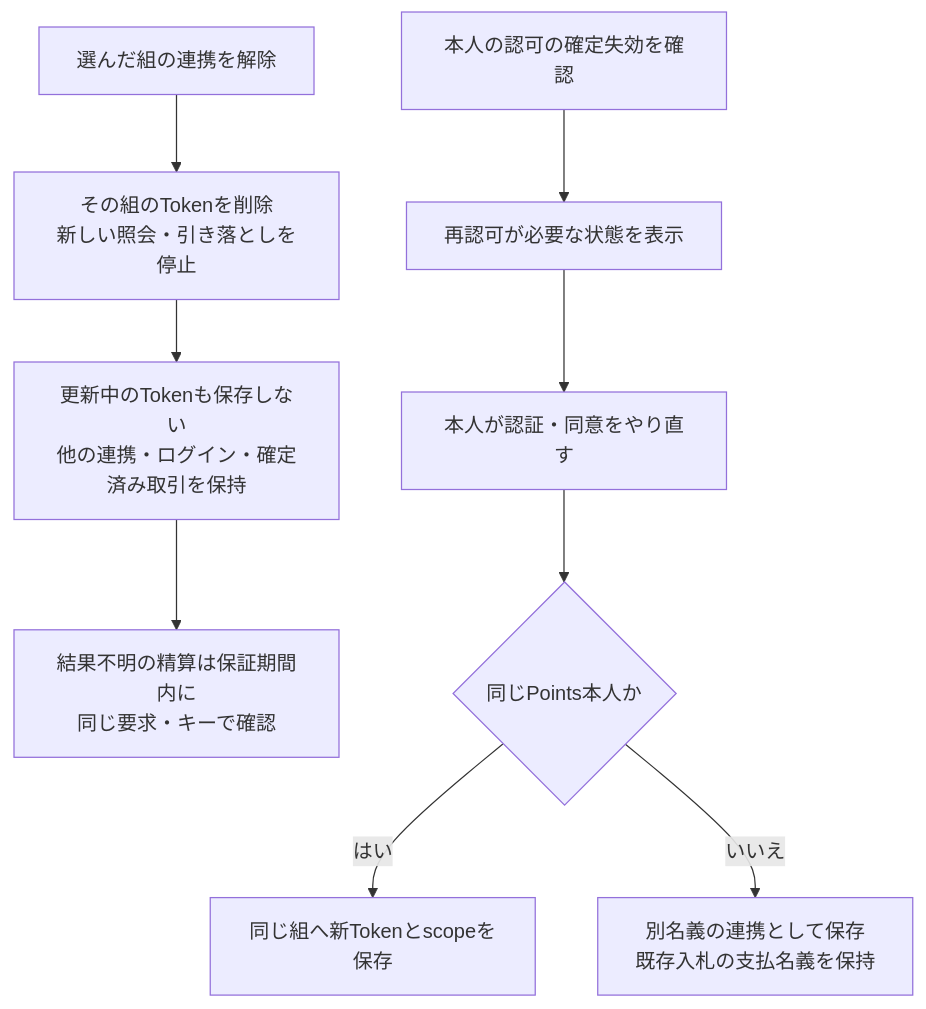
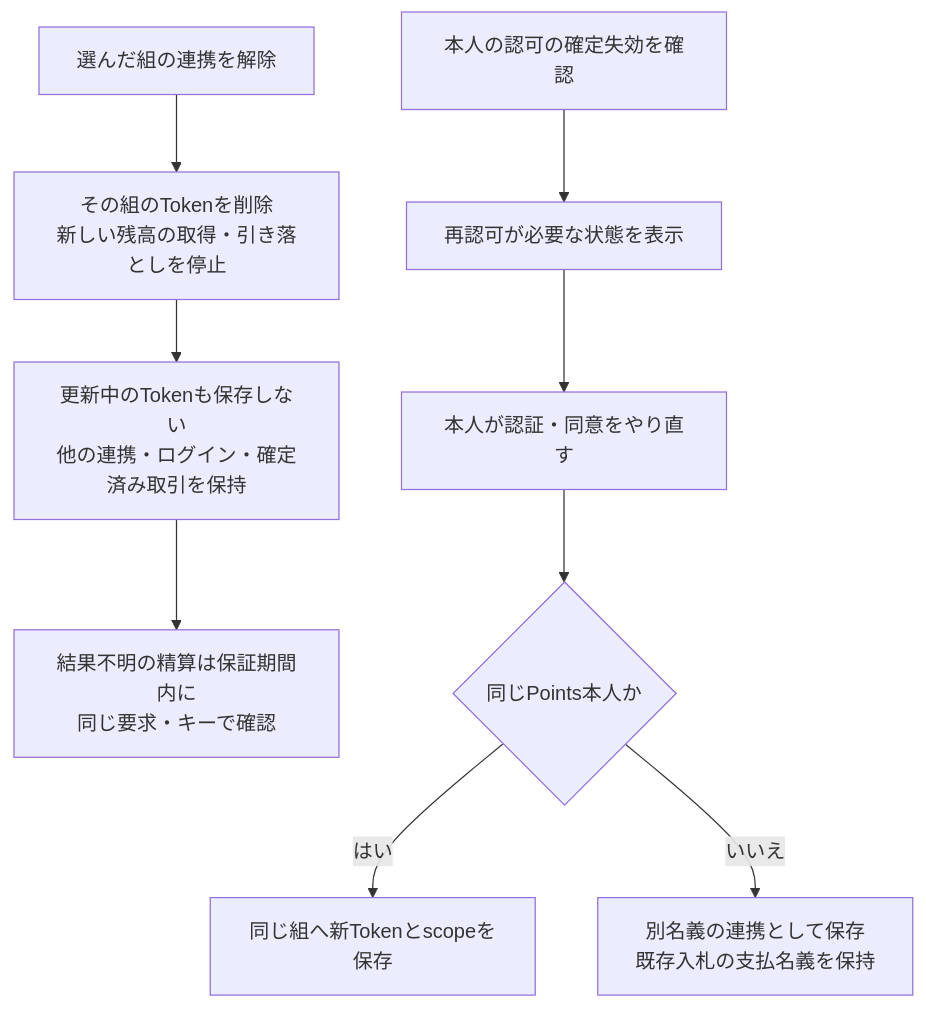
The third of 5 diagrams in projects/markets-web-app/docs/specification/v0.2.1/details/all.ja.md (yuichisugio/freeism), drawn with Mermaid before and after one commit. The commit also changed other lines of this file and 1 other file, not shown here.

````diff
--- a/projects/markets-web-app/docs/specification/v0.2.1/details/all.ja.md
+++ b/projects/markets-web-app/docs/specification/v0.2.1/details/all.ja.md
@@ -1859,11 +1660,11 @@
 ```mermaid
 flowchart TD
-  A["選んだ組の連携を解除"] --> B["その組のTokenを削除<br/>新しい照会・引き落としを停止"]
+  A["選んだ組の連携を解除"] --> B["その組のTokenを削除<br/>新しい残高の取得・引き落としを停止"]
   B --> C["更新中のTokenも保存しない<br/>他の連携・ログイン・確定済み取引を保持"]
   C --> D["結果不明の精算は保証期間内に<br/>同じ要求・キーで確認"]
   E["本人の認可の確定失効を確認"] --> F["再認可が必要な状態を表示"]
   F --> G["本人が認証・同意をやり直す"]
   G --> H{"同じPoints本人か"}
   H -->|はい| I["同じ組へ新Tokenとscopeを保存"]
   H -->|いいえ| J["別名義の連携として保存<br/>既存入札の支払名義を保持"]
 ```
````
